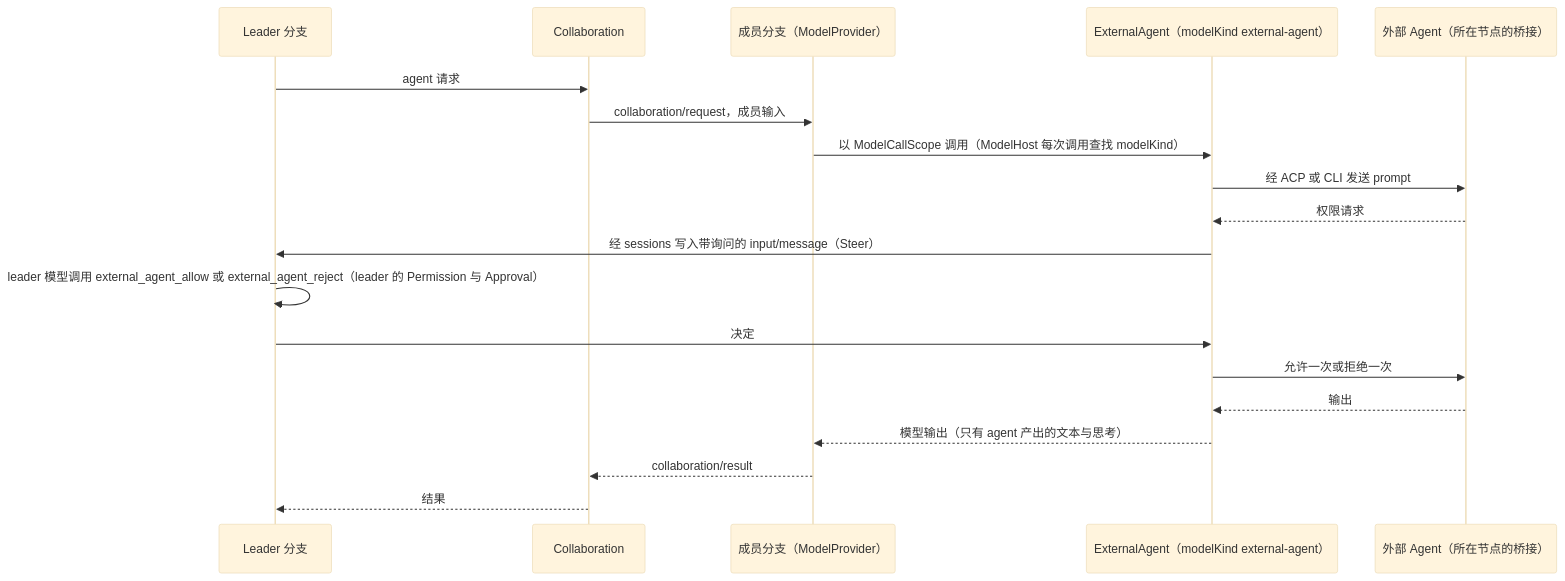
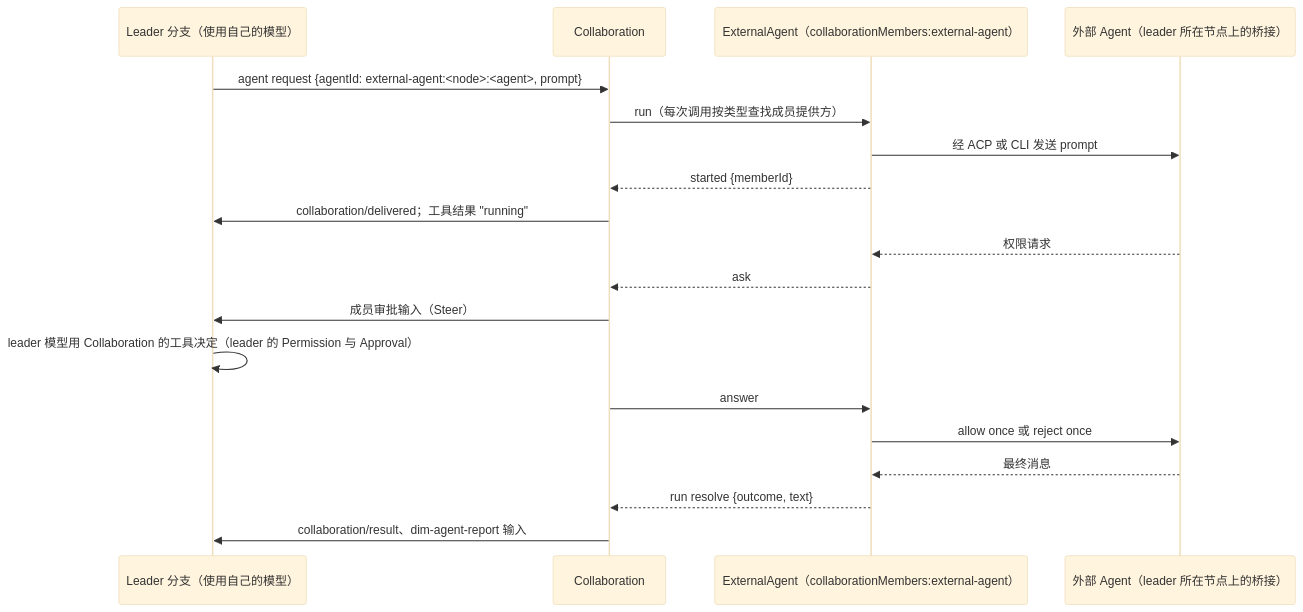
One commit to CoutinhoTTS/dim-agent changed the eighth of 8 diagrams in docs/zh/design/overview.md. Above: the diagram before and after it, drawn with Mermaid (base theme). The commit also changed other lines of this file and 16 other files, not shown here.

First line of the commit message:
docs(external-agent): redesign external agents as Collaboration sub-agents

````diff
--- a/docs/zh/design/overview.md
+++ b/docs/zh/design/overview.md
@@ -299,21 +298,21 @@
 ```mermaid
 sequenceDiagram
-  participant L as Leader 分支
+  participant L as Leader 分支（使用自己的模型）
   participant C as Collaboration
-  participant M as 成员分支（ModelProvider）
-  participant X as ExternalAgent（modelKind external-agent）
-  participant EA as 外部 Agent（所在节点的桥接）
-  L->>C: agent 请求
-  C->>M: collaboration/request，成员输入
-  M->>X: 以 ModelCallScope 调用（ModelHost 每次调用查找 modelKind）
+  participant X as ExternalAgent（collaborationMembers:external-agent）
+  participant EA as 外部 Agent（leader 所在节点上的桥接）
+  L->>C: agent request {agentId: external-agent:<node>:<agent>, prompt}
+  C->>X: run（每次调用按类型查找成员提供方）
   X->>EA: 经 ACP 或 CLI 发送 prompt
+  X-->>C: started {memberId}
+  C->>L: collaboration/delivered；工具结果 "running"
   EA-->>X: 权限请求
-  X->>L: 经 sessions 写入带询问的 input/message（Steer）
-  L->>L: leader 模型调用 external_agent_allow 或 external_agent_reject（leader 的 Permission 与 Approval）
-  L->>X: 决定
-  X->>EA: 允许一次或拒绝一次
-  EA-->>X: 输出
-  X-->>M: 模型输出（只有 agent 产出的文本与思考）
-  M-->>C: collaboration/result
-  C-->>L: 结果
+  X-->>C: ask
+  C->>L: 成员审批输入（Steer）
+  L->>L: leader 模型用 Collaboration 的工具决定（leader 的 Permission 与 Approval）
+  C->>X: answer
+  X->>EA: allow once 或 reject once
+  EA-->>X: 最终消息
+  X-->>C: run resolve {outcome, text}
+  C->>L: collaboration/result、dim-agent-report 输入
 ```
````
